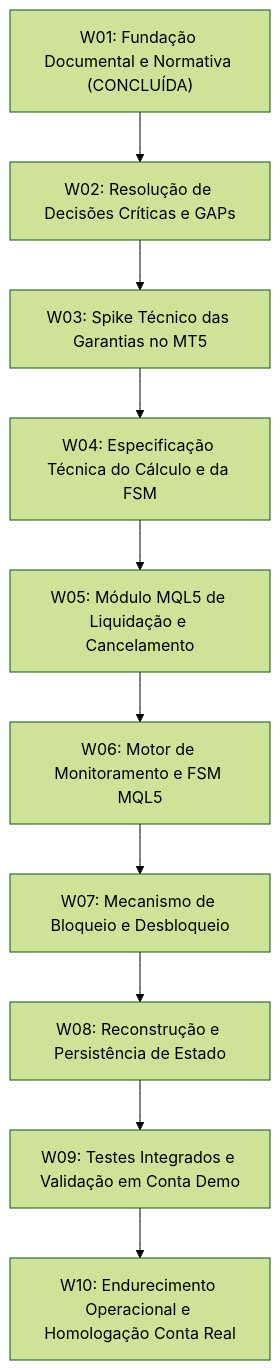
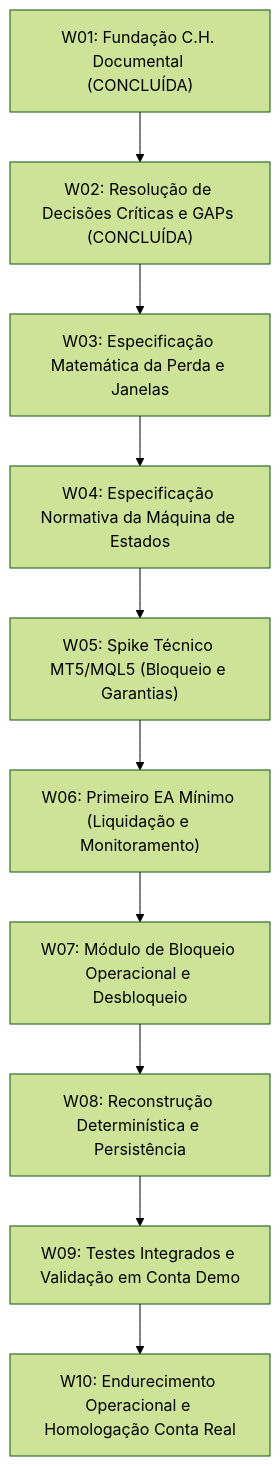
One commit to hallanbrito/eddytrader changed the diagram in docs/09-ROADMAP.md. Above: the diagram before and after it, drawn with Mermaid (forest theme). The commit also changed other lines of this file and 12 other files, not shown here.

````diff
--- a/docs/09-ROADMAP.md
+++ b/docs/09-ROADMAP.md
@@ -9,12 +9,12 @@
 ```mermaid
 flowchart TD
-    W01["W01: Fundação Documental e Normativa (CONCLUÍDA)"] --> W02["W02: Resolução de Decisões Críticas e GAPs"]
-    W02 --> W03["W03: Spike Técnico das Garantias no MT5"]
-    W03 --> W04["W04: Especificação Técnica do Cálculo e da FSM"]
-    W04 --> W05["W05: Módulo MQL5 de Liquidação e Cancelamento"]
-    W05 --> W06["W06: Motor de Monitoramento e FSM MQL5"]
-    W06 --> W07["W07: Mecanismo de Bloqueio e Desbloqueio"]
-    W07 --> W08["W08: Reconstrução e Persistência de Estado"]
+    W01["W01: Fundação C.H. Documental (CONCLUÍDA)"] --> W02["W02: Resolução de Decisões Críticas e GAPs (CONCLUÍDA)"]
+    W02 --> W03["W03: Especificação Matemática da Perda e Janelas"]
+    W03 --> W04["W04: Especificação Normativa da Máquina de Estados"]
+    W04 --> W05["W05: Spike Técnico MT5/MQL5 (Bloqueio e Garantias)"]
+    W05 --> W06["W06: Primeiro EA Mínimo (Liquidação e Monitoramento)"]
+    W06 --> W07["W07: Módulo de Bloqueio Operacional e Desbloqueio"]
+    W07 --> W08["W08: Reconstrução Determinística e Persistência"]
     W08 --> W09["W09: Testes Integrados e Validação em Conta Demo"]
     W09 --> W10["W10: Endurecimento Operacional e Homologação Conta Real"]
 ```
````
